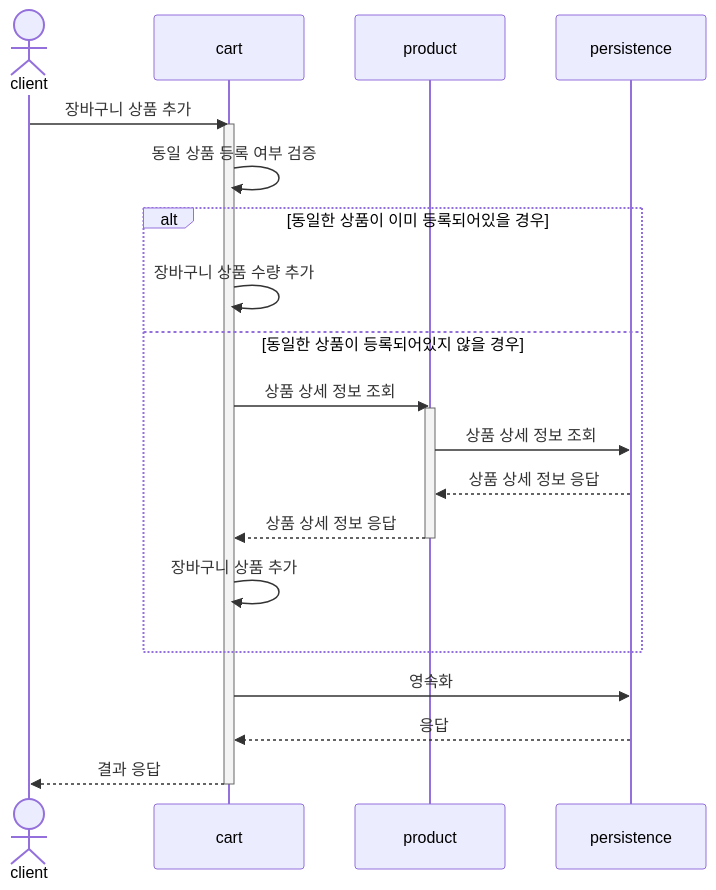
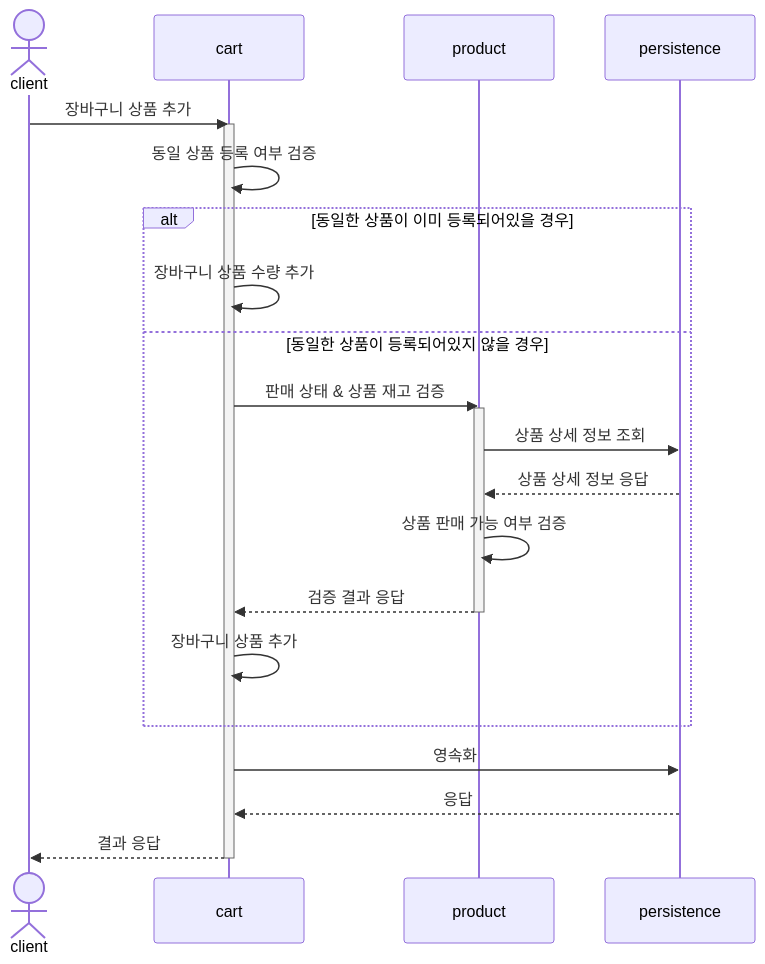
One commit to JK-Kim4/proj-kotlin-commerce changed the diagram in docs/01.시퀀스다이어그램/01_01.장바구니_상품_등록.md. Above: the diagram before and after it, drawn with Mermaid.

Commit message:
docs: 장바구니 상품 등록 다이어그램 수정

````diff
--- a/docs/01.시퀀스다이어그램/01_01.장바구니_상품_등록.md
+++ b/docs/01.시퀀스다이어그램/01_01.장바구니_상품_등록.md
@@ -1,25 +1,26 @@
 ```mermaid
 sequenceDiagram
     actor client
     participant cart
     participant product
     participant persistence
     client ->> cart: 장바구니 상품 추가
     activate cart
     cart ->> cart: 동일 상품 등록 여부 검증
     alt 동일한 상품이 이미 등록되어있을 경우
     cart ->>  cart: 장바구니 상품 수량 추가
     else 동일한 상품이 등록되어있지 않을 경우
-    cart ->> product: 상품 상세 정보 조회
+    cart ->> product: 판매 상태 & 상품 재고 검증
     activate  product
     product ->> persistence: 상품 상세 정보 조회
     persistence -->> product: 상품 상세 정보 응답
-    product -->> cart: 상품 상세 정보 응답
+    product ->> product: 상품 판매 가능 여부 검증
+    product -->> cart: 검증 결과 응답
     deactivate  product
     cart ->> cart: 장바구니 상품 추가
     end
     cart ->> persistence: 영속화
     persistence -->> cart: 응답
     cart -->> client: 결과 응답
     deactivate cart
 ```
````
